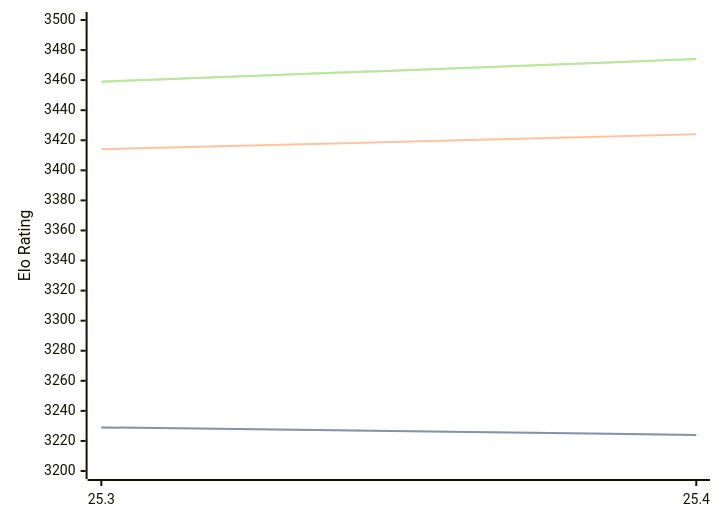
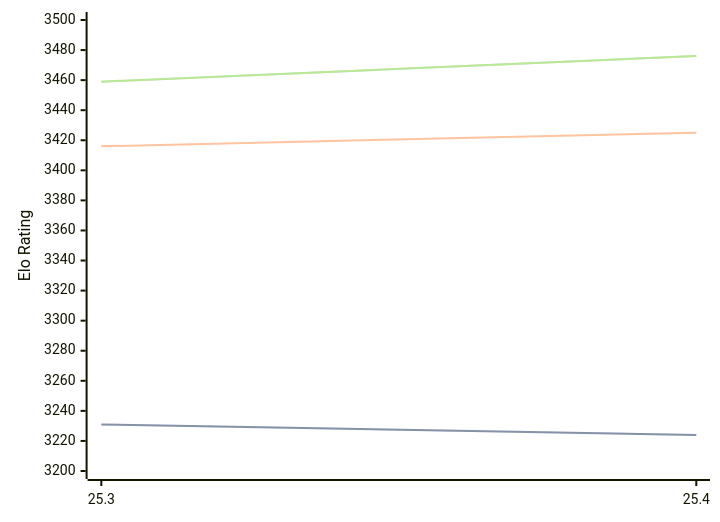
Before and after one commit to computer-chess-index/cci: the third of 3 diagrams in engines/Arasan.md, drawn with Mermaid. The commit also changed other lines of this file, not shown here.

Commit message:
Update CCI Ratings (ELO VLTC) - 2026-06-24

````diff
--- a/engines/Arasan.md
+++ b/engines/Arasan.md
@@ -66,11 +66,11 @@
 ```mermaid
 %%{init: {"theme":"base","themeVariables":{"seriesColors:['#a3a3a3','#222221','#faa371']}}}%%
 xychart-beta
   x-axis ["25.3", "25.4"]
   y-axis "Elo Rating" 3200 --> 3500
-  line "STC (8.0+0.08s)" [3229, 3224]
-  line "STC (8.0+0.08s)" [3229, 3224]
-  line "LTC (60.0+0.60s)" [3414, 3424]
-  line "VLTC (2m24s+1.12s)" [3459, 3474]
-  line "VLTC (2m24s+1.12s)" [3459, 3474]
+  line "STC (8.0+0.08s)" [3231, 3224]
+  line "STC (8.0+0.08s)" [3231, 3224]
+  line "LTC (60.0+0.60s)" [3416, 3425]
+  line "VLTC (2m24s+1.12s)" [3459, 3476]
+  line "VLTC (2m24s+1.12s)" [3459, 3476]
 ```
````
